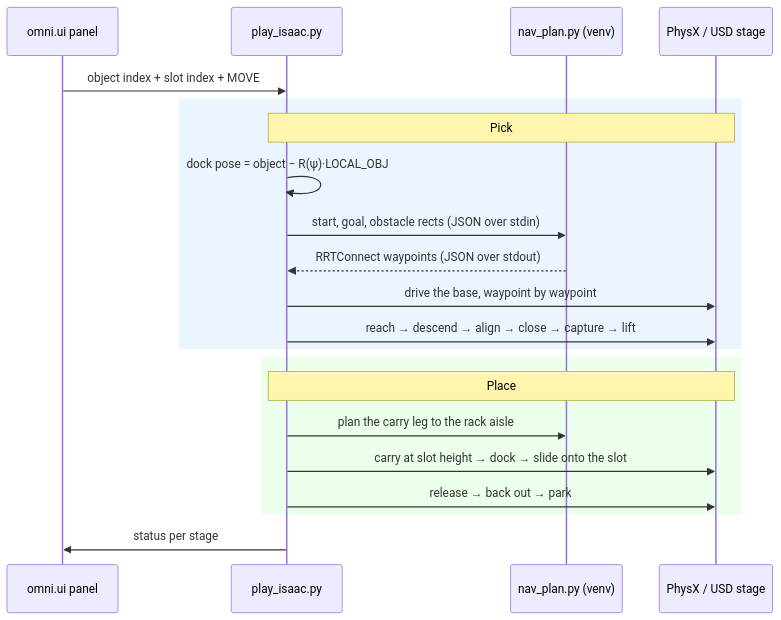
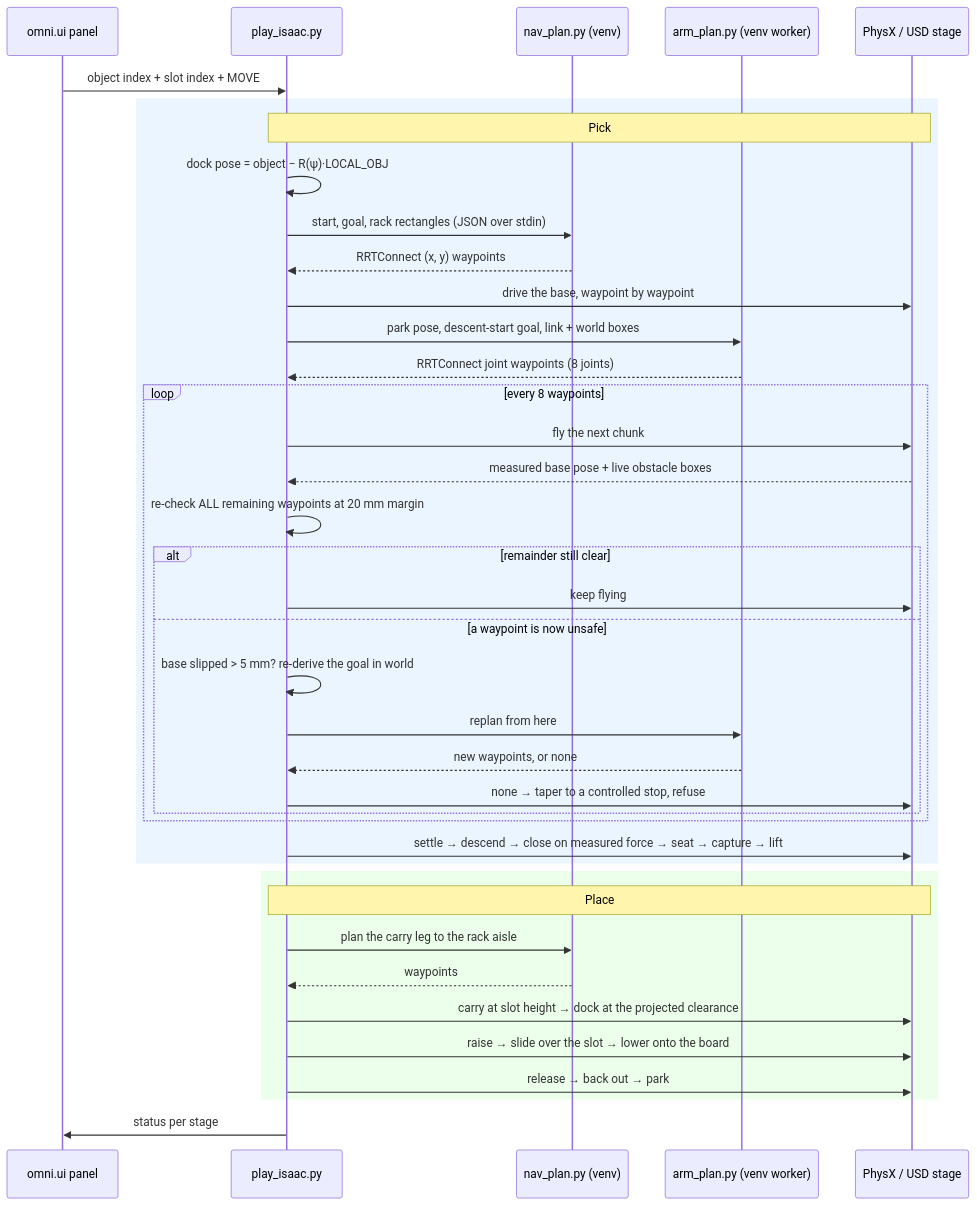
One commit to jiten-topiwala/nvidia-isaac-sim-openusd changed the diagram in README.md. Above: the diagram before and after it, drawn with Mermaid. The commit also changed other lines of this file and 137 other files, not shown here.

````diff
--- a/README.md
+++ b/README.md
@@ -243,27 +394,47 @@
 ```mermaid
 sequenceDiagram
     participant UI as omni.ui panel
     participant Sim as play_isaac.py
-    participant OMPL as nav_plan.py (venv)
+    participant Nav as nav_plan.py (venv)
+    participant Arm as arm_plan.py (venv worker)
     participant PhysX as PhysX / USD stage
 
     UI->>Sim: object index + slot index + MOVE
 
     rect rgb(235, 245, 255)
     Note over Sim,PhysX: Pick
     Sim->>Sim: dock pose = object − R(ψ)·LOCAL_OBJ
-    Sim->>OMPL: start, goal, obstacle rects (JSON over stdin)
-    OMPL-->>Sim: RRTConnect waypoints (JSON over stdout)
+    Sim->>Nav: start, goal, rack rectangles (JSON over stdin)
+    Nav-->>Sim: RRTConnect (x, y) waypoints
     Sim->>PhysX: drive the base, waypoint by waypoint
-    Sim->>PhysX: reach → descend → align → close → capture → lift
+    Sim->>Arm: park pose, descent-start goal, link + world boxes
+    Arm-->>Sim: RRTConnect joint waypoints (8 joints)
+
+    loop every 8 waypoints
+        Sim->>PhysX: fly the next chunk
+        PhysX-->>Sim: measured base pose + live obstacle boxes
+        Sim->>Sim: re-check ALL remaining waypoints at 20 mm margin
+        alt remainder still clear
+            Sim->>PhysX: keep flying
+        else a waypoint is now unsafe
+            Sim->>Sim: base slipped > 5 mm? re-derive the goal in world
+            Sim->>Arm: replan from here
+            Arm-->>Sim: new waypoints, or none
+            Sim->>PhysX: none → taper to a controlled stop, refuse
+        end
+    end
+
+    Sim->>PhysX: settle → descend → close on measured force → seat → capture → lift
     end
 
     rect rgb(235, 255, 235)
     Note over Sim,PhysX: Place
-    Sim->>OMPL: plan the carry leg to the rack aisle
-    Sim->>PhysX: carry at slot height → dock → slide onto the slot
+    Sim->>Nav: plan the carry leg to the rack aisle
+    Nav-->>Sim: waypoints
+    Sim->>PhysX: carry at slot height → dock at the projected clearance
+    Sim->>PhysX: raise → slide over the slot → lower onto the board
     Sim->>PhysX: release → back out → park
     end
 
     Sim->>UI: status per stage
 ```
````
